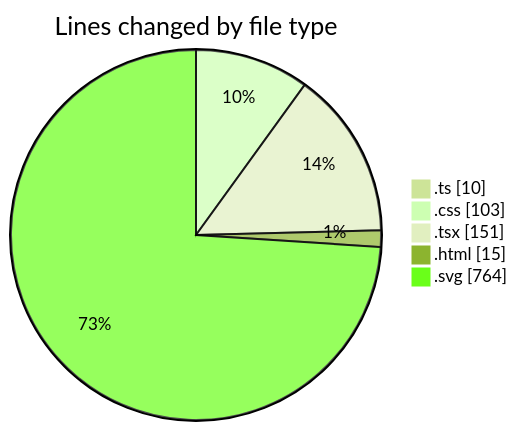
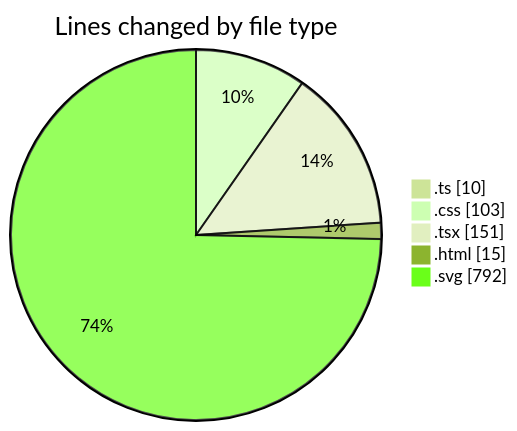
Before and after one commit to EIIisD/code-tracking: the first of 2 diagrams in 2025-07-31/tw-server/README.md, drawn with Mermaid (forest theme). The commit also changed other lines of this file and 1 other file, not shown here.

````diff
--- a/2025-07-31/tw-server/README.md
+++ b/2025-07-31/tw-server/README.md
@@ -31,9 +31,9 @@
 ```mermaid
 pie showData
 title Lines changed by file type
 ".ts" : 10
 ".css" : 103
 ".tsx" : 151
 ".html" : 15
-".svg" : 764
+".svg" : 792
 ```
````
